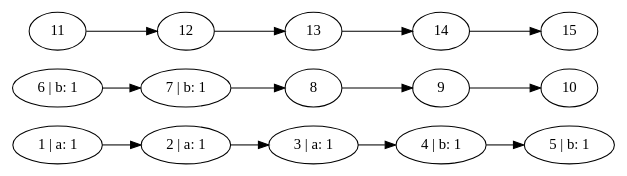
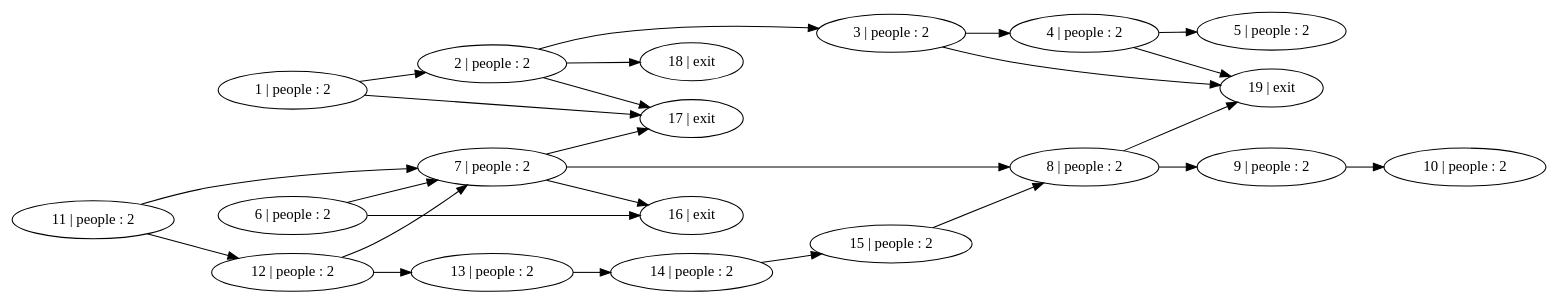
Before and after one commit to mateuszlewko/OpraDB: the diagram in examples/multiple-paths/graph.gv, drawn with Graphviz.

Commit message:
Add more edges to multiple-paths example

```diff
--- a/examples/multiple-paths/graph.gv
+++ b/examples/multiple-paths/graph.gv
@@ -1,25 +1,54 @@
 digraph G {
   graph [layout=dot rankdir=LR]   
-  1 [ label  = "1 | a: 1" ]
-  2 [ label  = "2 | a: 1" ]
-  3 [ label  = "3 | a: 1" ]
-  4 [ label  = "4 | b: 1" ]
-  5 [ label  = "5 | b: 1" ]
-  6 [ label  = "6 | b: 1" ]
-  7 [ label  = "7 | b: 1" ]
+  1  [ label  = "1 | people : 2" ]
+  2  [ label  = "2 | people : 2" ]
+  3  [ label  = "3 | people : 2" ]
+  4  [ label  = "4 | people : 2" ]
+  5  [ label  = "5 | people : 2" ]
+  6  [ label  = "6 | people : 2" ]
+  7  [ label  = "7 | people : 2" ]
+  8  [ label  = "8 | people : 2" ]
+  9  [ label  = "9 | people : 2" ]
+  10 [ label  = "10 | people : 2" ]
+  11 [ label  = "11 | people : 2" ]
+  12 [ label  = "12 | people : 2" ]
+  13 [ label  = "13 | people : 2" ]
+  14 [ label  = "14 | people : 2" ]
+  15 [ label  = "15 | people : 2" ]
+
+  16 [ label  = "16 | exit" ]
+  17 [ label  = "17 | exit" ]
+  18 [ label  = "18 | exit" ]
+  19 [ label  = "19 | exit" ]
   
   1 -> 2
   2 -> 3
   3 -> 4
   4 -> 5
 
+  1 -> 17
+  2 -> 17
+  2 -> 18
+  3 -> 19
+  4 -> 19
+
   6 -> 7
   7 -> 8
   8 -> 9
   9 -> 10
 
+  6 -> 16
+  7 -> 16
+  7 -> 17
+  8 -> 19
+
   11 -> 12
   12 -> 13
   13 -> 14
   14 -> 15
+
+  11 -> 7
+  12 -> 7
+//   13 -> 18
+  15 -> 8
 }
```
